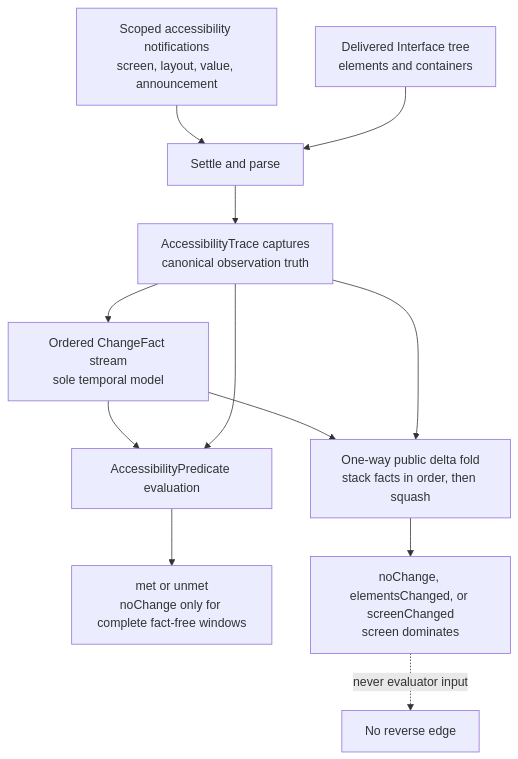
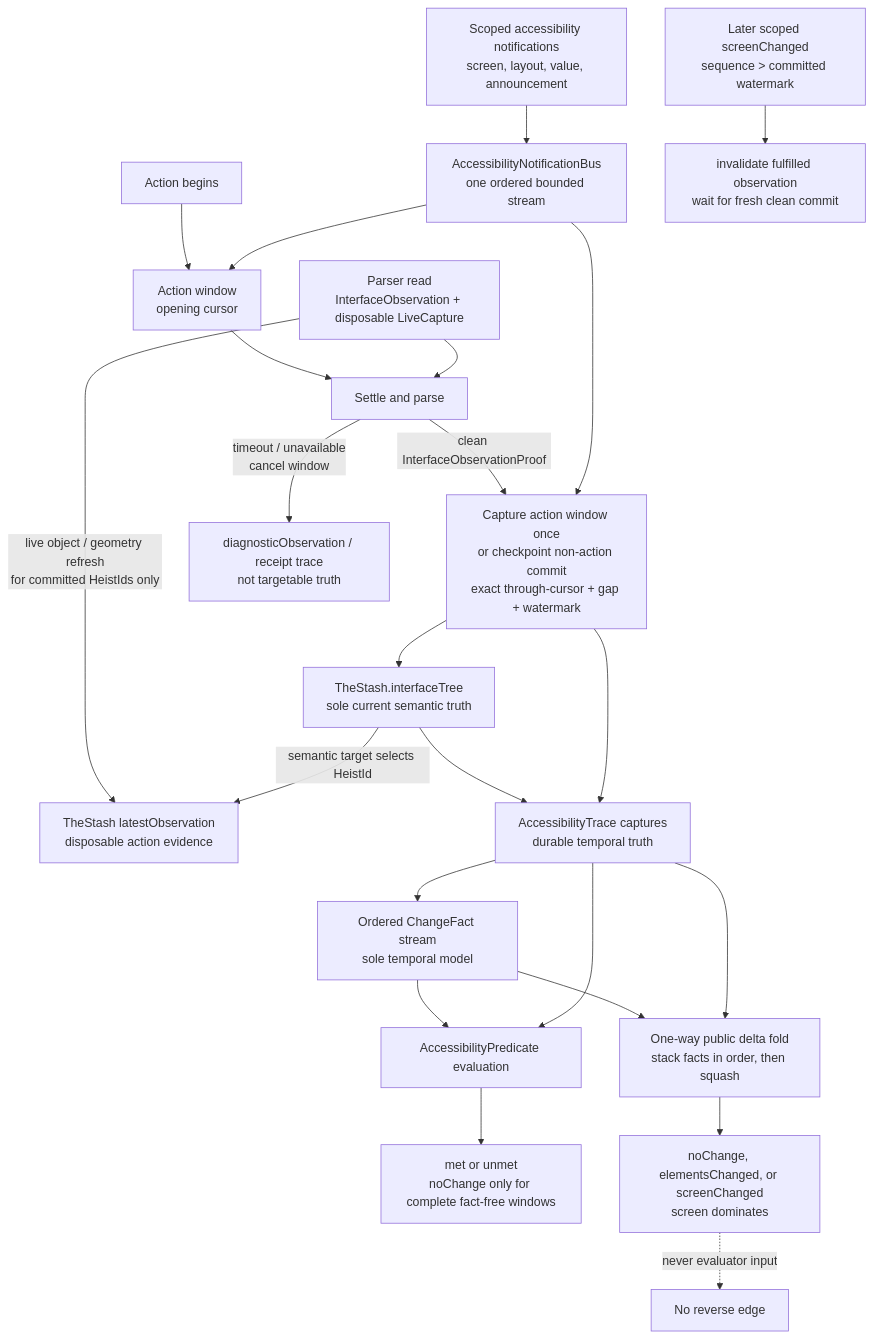
One commit to RoyalPineapple/TheButtonHeist changed the first of 2 diagrams in docs/diagrams/observation-pipeline.md. Above: the diagram before and after it, drawn with Mermaid. The commit also changed other lines of this file and 258 other files, not shown here.

````diff
--- a/docs/diagrams/observation-pipeline.md
+++ b/docs/diagrams/observation-pipeline.md
@@ -19,17 +23,29 @@
 ```mermaid
 flowchart TD
-    Signals["Scoped accessibility notifications<br/>screen, layout, value, announcement"] --> Settle["Settle and parse"]
-    Tree["Delivered Interface tree<br/>elements and containers"] --> Settle
-    Settle --> Captures["AccessibilityTrace captures<br/>canonical observation truth"]
+    Signals["Scoped accessibility notifications<br/>screen, layout, value, announcement"] --> Bus["AccessibilityNotificationBus<br/>one ordered bounded stream"]
+    Action["Action begins"] --> Window["Action window<br/>opening cursor"]
+    Bus --> Window
+    Window --> Settle["Settle and parse"]
+    Parse["Parser read<br/>InterfaceObservation + disposable LiveCapture"] --> Settle
+    Parse -- "live object / geometry refresh<br/>for committed HeistIds only" --> Live["TheStash latestObservation<br/>disposable action evidence"]
+    Settle -- "clean InterfaceObservationProof" --> Batch["Capture action window once<br/>or checkpoint non-action commit<br/>exact through-cursor + gap + watermark"]
+    Bus --> Batch
+    Batch --> Tree["TheStash.interfaceTree<br/>sole current semantic truth"]
+    Settle -- "timeout / unavailable<br/>cancel window" --> Diagnostic["diagnosticObservation / receipt trace<br/>not targetable truth"]
+    Tree -- "semantic target selects HeistId" --> Live
+    Tree --> Captures["AccessibilityTrace captures<br/>durable temporal truth"]
+    Batch --> Captures
     Captures --> Facts["Ordered ChangeFact stream<br/>sole temporal model"]
+
+    LaterScreen["Later scoped screenChanged<br/>sequence > committed watermark"] --> Invalid["invalidate fulfilled observation<br/>wait for fresh clean commit"]
 
     Facts --> Evaluate["AccessibilityPredicate evaluation"]
     Captures --> Evaluate
     Evaluate --> Verdict["met or unmet<br/>noChange only for complete fact-free windows"]
 
     Facts --> Fold["One-way public delta fold<br/>stack facts in order, then squash"]
     Captures --> Fold
     Fold --> Public["noChange, elementsChanged, or screenChanged<br/>screen dominates"]
 
     Public -. "never evaluator input" .-> Stop["No reverse edge"]
 ```
````
